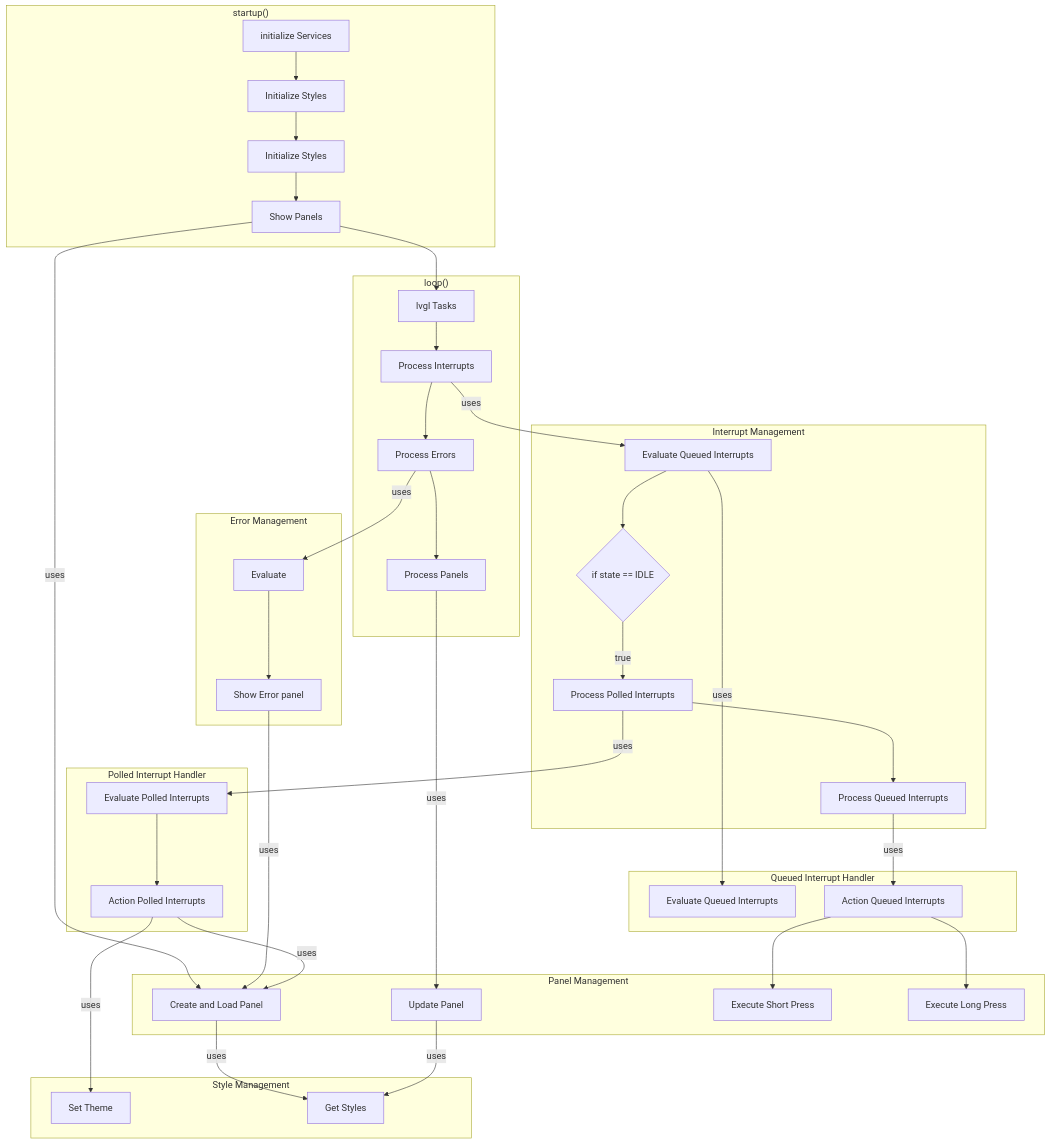
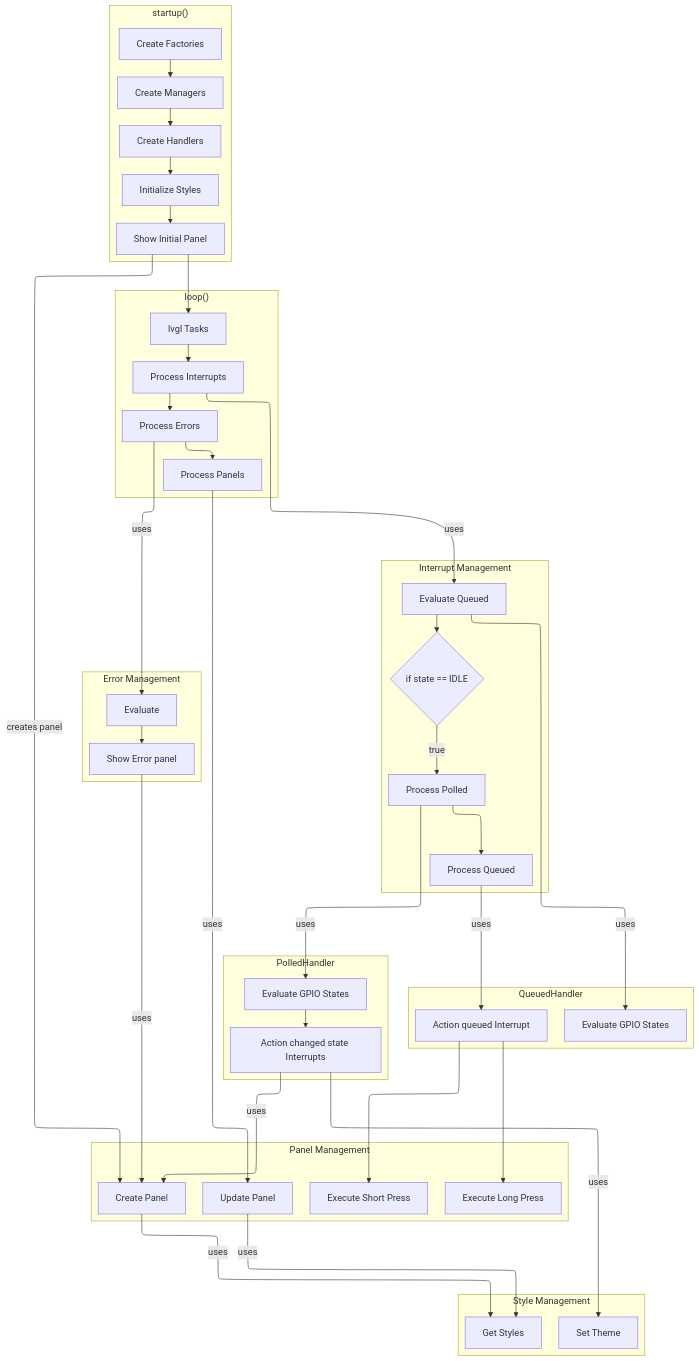
One commit to marcelrienks/Clarity changed the diagram in docs/diagrams/application-flow.md. Above: the diagram before and after it, drawn with Mermaid. The commit also changed other lines of this file, not shown here.

````diff
--- a/docs/diagrams/application-flow.md
+++ b/docs/diagrams/application-flow.md
@@ -20,17 +22,16 @@
 ```mermaid
 ---
 config:
-  layout: fixed
+  layout: elk
   theme: default
   elk: {}
-id: 063444bd-5464-486a-8d8d-72cb41573cb5
 ---
 flowchart TB
  subgraph PanelManagement["Panel Management"]
-        PanelUpdates["Create and Load Panel"]
+        PanelUpdates["Create Panel<br>"]
         n10["Update Panel"]
-        n21["Execute Short Press"]
-        n22["Execute Long Press"]
+        n21["Execute Short Press<br>"]
+        n22["Execute Long Press<br>"]
   end
  subgraph s1["loop()"]
         n1["lvgl Tasks"]
@@ -39,44 +40,45 @@
         n17["Process Errors"]
   end
  subgraph s2["startup()"]
-        n2@{ label: "<span style=\"color:\">initialize Services</span>" }
+        factory1["Create Factories"]
+        n2["Create Managers"]
+        handlers["Create Handlers<br>"]
         n3["Initialize Styles"]
-        n4["Initialize Styles"]
-        n5["Show Panels"]
+        n5["Show Initial Panel"]
   end
  subgraph s3["Interrupt Management"]
-        n11["Evaluate Queued Interrupts"]
+        n11["Evaluate Queued<br>"]
         n14["if state == IDLE"]
-        n15["Process Polled Interrupts"]
-        n16["Process Queued Interrupts"]
+        n15["Process Polled<br>"]
+        n16["Process Queued<br>"]
   end
  subgraph s4["Error Management"]
         n12["Evaluate"]
         n13["Show Error panel"]
   end
- subgraph s5["Queued Interrupt Handler"]
-        n18["Evaluate Queued Interrupts"]
-        n20["Action Queued Interrupts"]
+ subgraph s5["QueuedHandler"]
+        n18["Evaluate GPIO States"]
+        n20["Action queued Interrupt"]
   end
- subgraph s6["Polled Interrupt Handler"]
-        n19["Evaluate Polled Interrupts"]
-        n23["Action Polled Interrupts"]
+ subgraph s6["PolledHandler"]
+        n19["Evaluate GPIO States"]
+        n23["Action changed state Interrupts"]
   end
  subgraph s7["Style Management"]
         n24["Set Theme"]
         n25["Get Styles"]
   end
-    n2 --> n3
-    n3 --> n4
-    n4 --> n5
-    n5 -- uses --> PanelUpdates
+    n2 --> handlers
+    handlers --> n3
+    n3 --> n5
+    n5 -- creates panel --> PanelUpdates
     n9 -- uses --> n10
     n8 -- uses --> n11
     n5 --> n1
     n13 -- uses --> PanelUpdates
     n11 --> n14
     n14 -- true --> n15
-    n15 --> n16
+    n15 -- <br> --> n16
     n15 -- uses --> n19
     n17 --> n9
     n17 -- uses --> n12
@@ -90,14 +92,16 @@
     n23 -- uses --> n24 & PanelUpdates
     PanelUpdates -- uses --> n25
     n10 -- uses --> n25
+    factory1 --> n2
     n10@{ shape: rect}
     n21@{ shape: proc}
     n22@{ shape: proc}
     n8@{ shape: rect}
     n9@{ shape: rect}
+    factory1@{ shape: rect}
     n2@{ shape: rect}
+    handlers@{ shape: rect}
     n3@{ shape: proc}
-    n4@{ shape: proc}
     n5@{ shape: proc}
     n14@{ shape: diam}
     n12@{ shape: rect}
````
